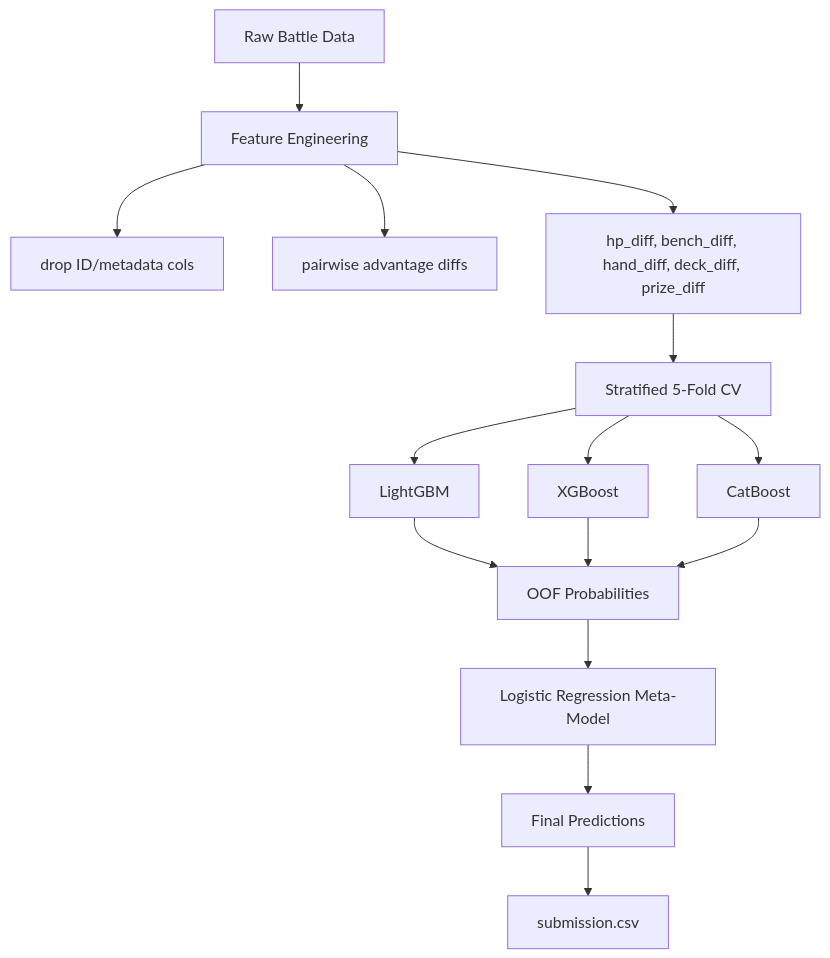
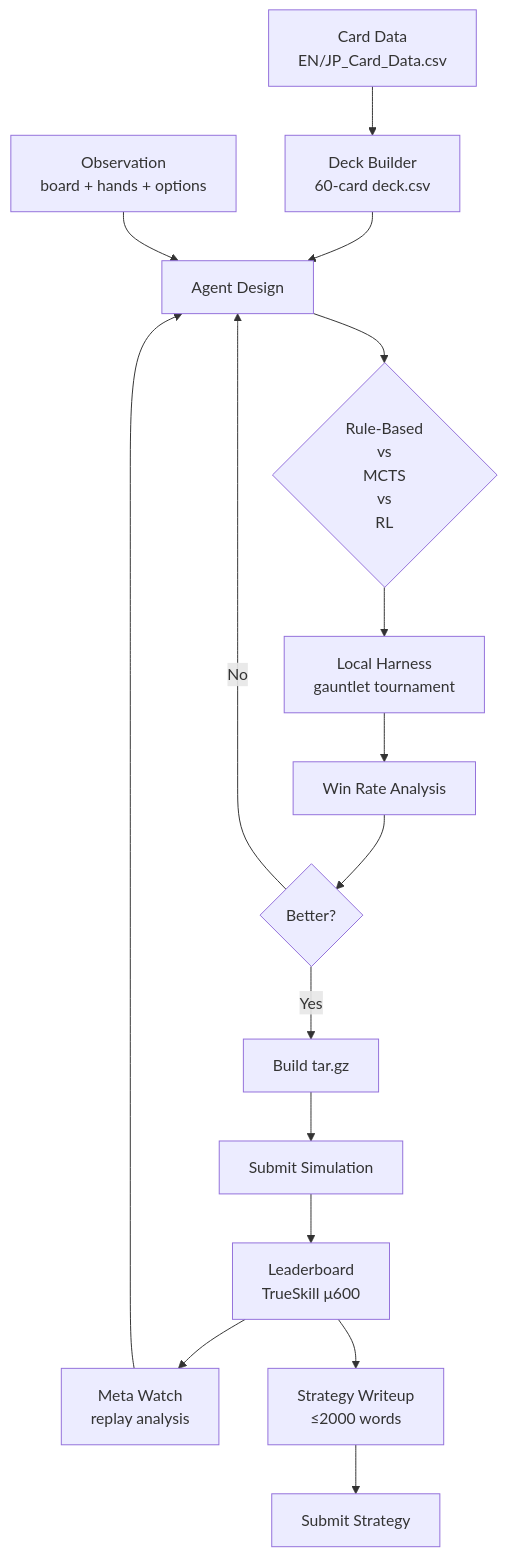
One commit to RickArko/kcom-pokemon changed the diagram in README.md. Above: the diagram before and after it, drawn with Mermaid. The commit also changed other lines of this file and 25 other files, not shown here.

Commit message:
feat: initial agent gauntlet experimental harness

````diff
--- a/README.md
+++ b/README.md
@@ -105,21 +45,18 @@
 ```mermaid
 flowchart TD
-    A[Raw Battle Data] --> B[Feature Engineering]
-    B --> C[drop ID/metadata cols]
-    B --> D[pairwise advantage diffs]
-    B --> E[hp_diff, bench_diff, hand_diff, deck_diff, prize_diff]
-
-    E --> F[Stratified 5-Fold CV]
-
-    F --> G[LightGBM]
-    F --> H[XGBoost]
-    F --> I[CatBoost]
-
-    G --> J[OOF Probabilities]
-    H --> J
-    I --> J
-
-    J --> K[Logistic Regression Meta-Model]
-    K --> L[Final Predictions]
-    L --> M[submission.csv]
+    A[Card Data<br/>EN/JP_Card_Data.csv] --> B[Deck Builder<br/>60-card deck.csv]
+    B --> C[Agent Design]
+    D[Observation<br/>board + hands + options] --> C
+    C --> E{Rule-Based<br/>vs<br/>MCTS<br/>vs<br/>RL}
+    E --> F[Local Harness<br/>gauntlet tournament]
+    F --> G[Win Rate Analysis]
+    G --> H{Better?}
+    H -->|Yes| I[Build tar.gz]
+    H -->|No| C
+    I --> J[Submit Simulation]
+    J --> K[Leaderboard<br/>TrueSkill μ600]
+    K --> L[Meta Watch<br/>replay analysis]
+    L --> C
+    K --> M[Strategy Writeup<br/>≤2000 words]
+    M --> N[Submit Strategy]
 ```
````
